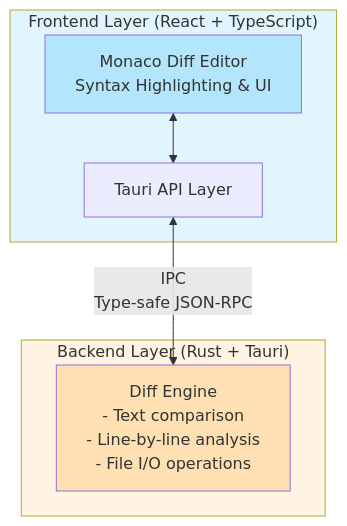
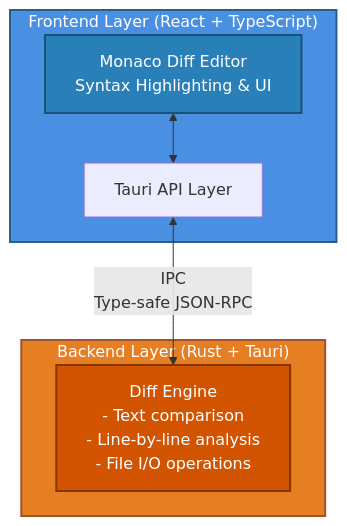
One commit to SeamusMullan/differential changed the diagram in README.md. Above: the diagram before and after it, drawn with Mermaid. The commit also changed 1 other file, not shown here.

Commit message:
docs: use darker colors in Mermaid diagrams for better readability
- Replace light pastel colors with darker, high-contrast colors
- Add white text color for better contrast against dark backgrounds
- Add stroke borders to all elements for better definition
- Improve overall visual hierarchy

Color scheme:
- Frontend/UI Layer: Dark blue (#4A90E2, #2980B9)
- Backend/Application Layer: Dark orange (#E67E22, #D35400)
- Core Logic Layer: Dark red (#C0392B, #922B21)
- IPC Bridge: Dark green (#27AE60)

This significantly improves readability on both light and dark themes.

````diff
--- a/README.md
+++ b/README.md
@@ -58,19 +58,19 @@
 ```mermaid
 graph TB
     subgraph Frontend["Frontend Layer (React + TypeScript)"]
         Monaco[Monaco Diff Editor<br/>Syntax Highlighting & UI]
         TauriAPI[Tauri API Layer]
         Monaco <--> TauriAPI
     end
     
     subgraph Backend["Backend Layer (Rust + Tauri)"]
         DiffEngine[Diff Engine<br/>- Text comparison<br/>- Line-by-line analysis<br/>- File I/O operations]
     end
     
     TauriAPI <-->|IPC<br/>Type-safe JSON-RPC| DiffEngine
     
-    style Frontend fill:#e1f5ff
-    style Backend fill:#fff4e1
-    style Monaco fill:#b3e5fc
-    style DiffEngine fill:#ffe0b2
+    style Frontend fill:#4A90E2,stroke:#2E5C8A,stroke-width:2px,color:#fff
+    style Backend fill:#E67E22,stroke:#A0522D,stroke-width:2px,color:#fff
+    style Monaco fill:#2980B9,stroke:#1A5276,stroke-width:2px,color:#fff
+    style DiffEngine fill:#D35400,stroke:#873600,stroke-width:2px,color:#fff
 ```
````
